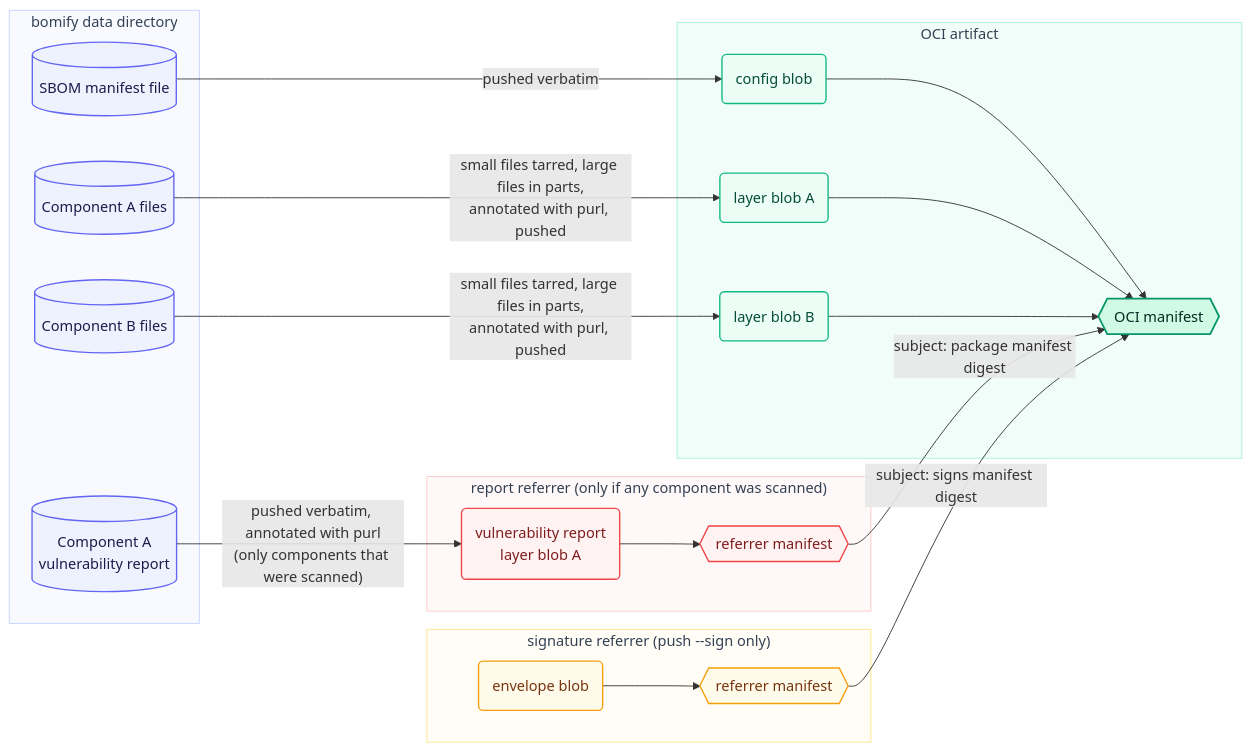
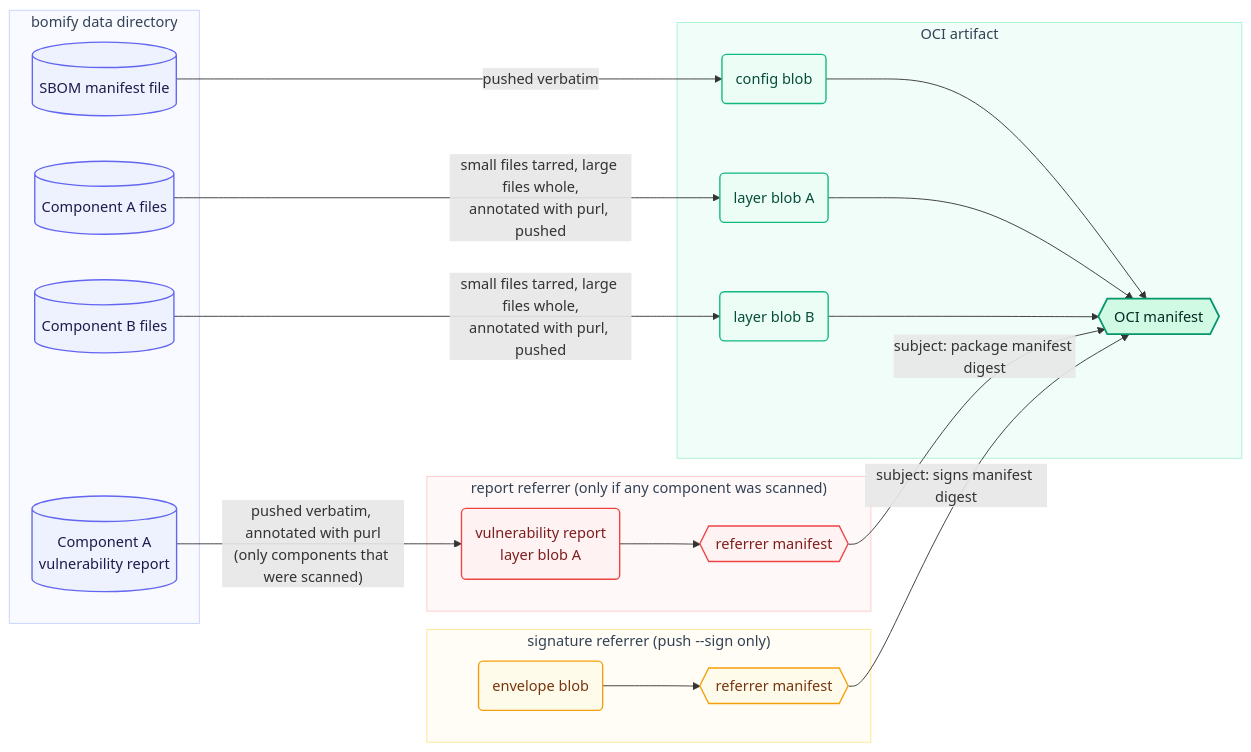
The diagram in docs/diagrams/oci-artifact.mmd (alejandro-velasco/bomify), drawn with Mermaid before and after one commit. The commit also changed 18 other files, not shown here.

First line of the commit message:
feat(push): store each large file as one layer, never split

```diff
--- a/docs/diagrams/oci-artifact.mmd
+++ b/docs/diagrams/oci-artifact.mmd
@@ -1,52 +1,52 @@
 flowchart LR
     classDef local fill:#EEF2FF,stroke:#6366F1,stroke-width:1.5px,color:#1e1b4b
     classDef oci fill:#ECFDF5,stroke:#10B981,stroke-width:1.5px,color:#064e3b
     classDef ociFinal fill:#D1FAE5,stroke:#059669,stroke-width:2px,color:#022c22
     classDef sig fill:#FFFBEB,stroke:#F59E0B,stroke-width:1.5px,color:#78350f
     classDef vuln fill:#FEF2F2,stroke:#EF4444,stroke-width:1.5px,color:#7f1d1d
 
     subgraph Local["bomify data directory"]
         SBOM[("SBOM manifest file")]
         C1[("Component A files")]
         C2[("Component B files")]
         V1[("Component A<br/>vulnerability report")]
     end
 
     subgraph OCI["OCI artifact"]
         Config("config blob")
         Layer1("layer blob A")
         Layer2("layer blob B")
         Manifest{{"OCI manifest"}}
     end
 
     subgraph Reports["report referrer (only if any component was scanned)"]
         Vuln1("vulnerability report<br/>layer blob A")
         ReportManifest{{"referrer manifest"}}
     end
 
     subgraph Referrer["signature referrer (push --sign only)"]
         Envelope("envelope blob")
         SigManifest{{"referrer manifest"}}
     end
 
     SBOM -- "pushed verbatim" --> Config
-    C1 -- "small files tarred, large files in parts,<br/>annotated with purl, pushed" --> Layer1
-    C2 -- "small files tarred, large files in parts,<br/>annotated with purl, pushed" --> Layer2
+    C1 -- "small files tarred, large files whole,<br/>annotated with purl, pushed" --> Layer1
+    C2 -- "small files tarred, large files whole,<br/>annotated with purl, pushed" --> Layer2
     V1 -- "pushed verbatim, annotated with purl<br/>(only components that were scanned)" --> Vuln1
     Config --> Manifest
     Layer1 --> Manifest
     Layer2 --> Manifest
     Vuln1 --> ReportManifest
     ReportManifest -- "subject: package manifest digest" --> Manifest
     Envelope --> SigManifest
     SigManifest -- "subject: signs manifest digest" --> Manifest
 
     class SBOM,C1,C2,V1 local
     class Config,Layer1,Layer2 oci
     class Manifest ociFinal
     class Vuln1,ReportManifest vuln
     class Envelope,SigManifest sig
     style Local fill:#F8FAFF,stroke:#C7D2FE,stroke-width:1px,color:#334155
     style OCI fill:#F0FDF9,stroke:#A7F3D0,stroke-width:1px,color:#334155
     style Reports fill:#FFF8F8,stroke:#FECACA,stroke-width:1px,color:#334155
     style Referrer fill:#FFFDF5,stroke:#FDE68A,stroke-width:1px,color:#334155
```
